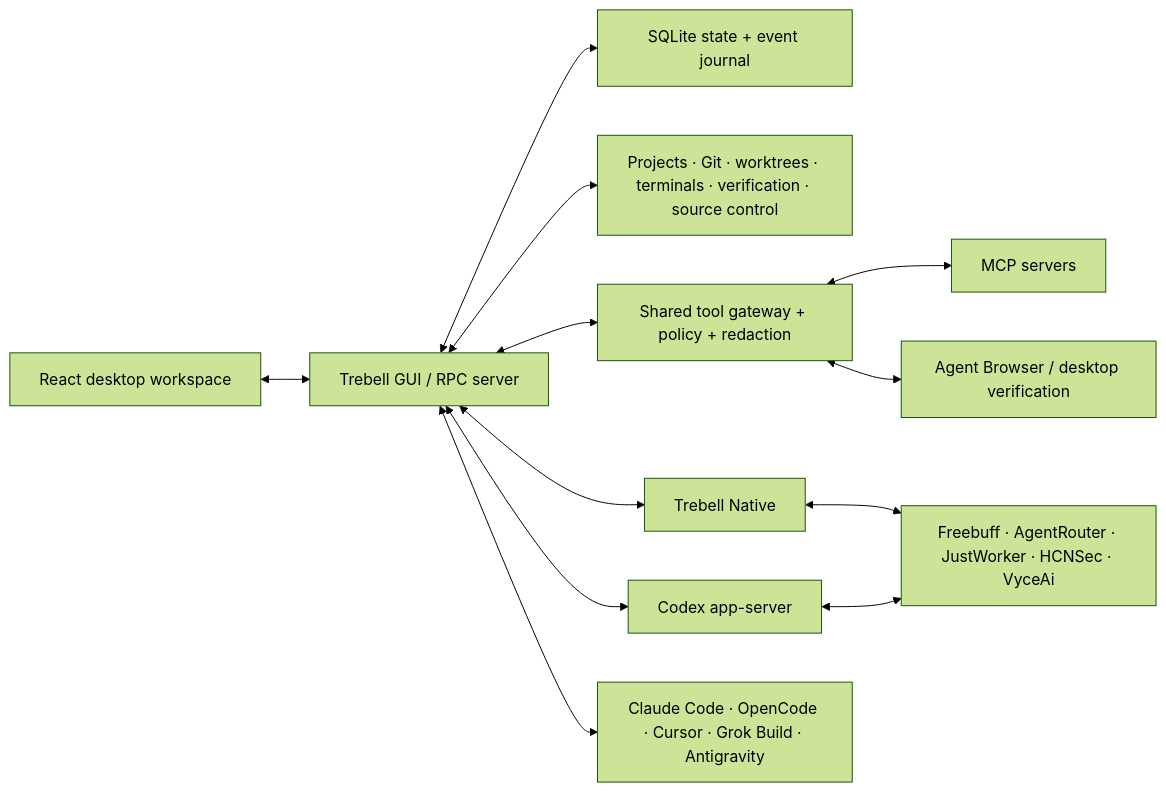
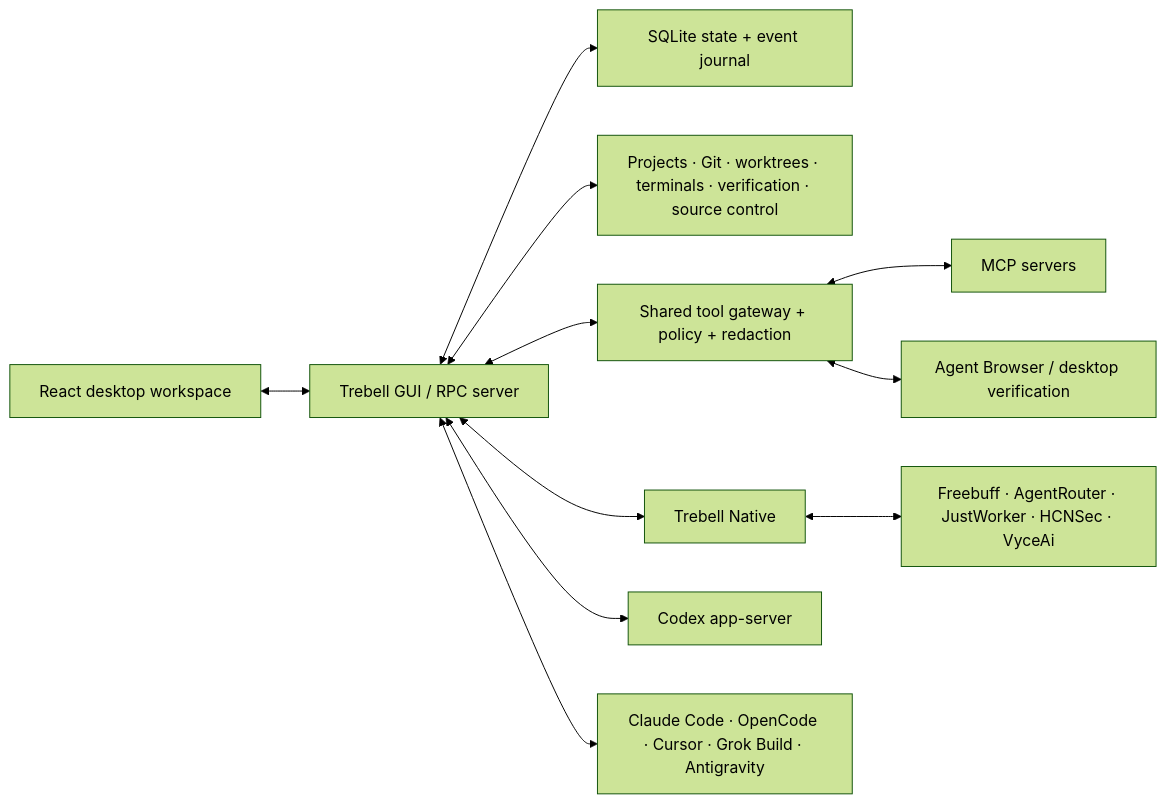
Before and after one commit to tanishqbaweja/trebellcode: the diagram in README.md, drawn with Mermaid (forest theme). The commit also changed other lines of this file and 47 other files, not shown here.

```diff
--- a/README.md
+++ b/README.md
@@ -46,26 +46,25 @@
 ~~~mermaid
 flowchart LR
     UI["React desktop workspace"]
     GUI["Trebell GUI / RPC server"]
     STATE["SQLite state + event journal"]
     SERVICES["Projects · Git · worktrees · terminals · verification · source control"]
     TOOLS["Shared tool gateway + policy + redaction"]
     NATIVE["Trebell Native"]
     CODEX["Codex app-server"]
     EXTERNAL["Claude Code · OpenCode · Cursor · Grok Build · Antigravity"]
     PROVIDERS["Freebuff · AgentRouter · JustWorker · HCNSec · VyceAi"]
     MCP["MCP servers"]
     BROWSER["Agent Browser / desktop verification"]
 
     UI <--> GUI
     GUI <--> STATE
     GUI <--> SERVICES
     GUI <--> TOOLS
     GUI <--> NATIVE
     GUI <--> CODEX
     GUI <--> EXTERNAL
     NATIVE <--> PROVIDERS
-    CODEX <--> PROVIDERS
     TOOLS <--> MCP
     TOOLS <--> BROWSER
 ~~~
```
